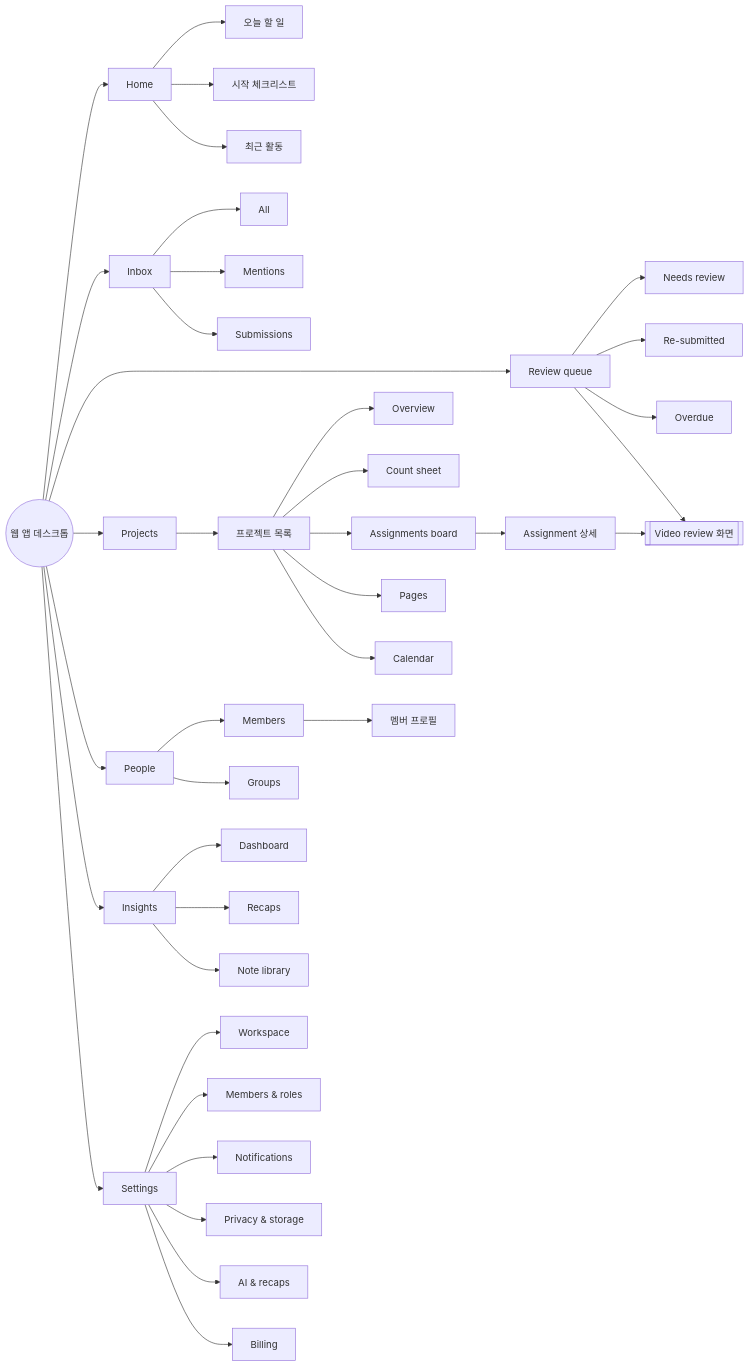
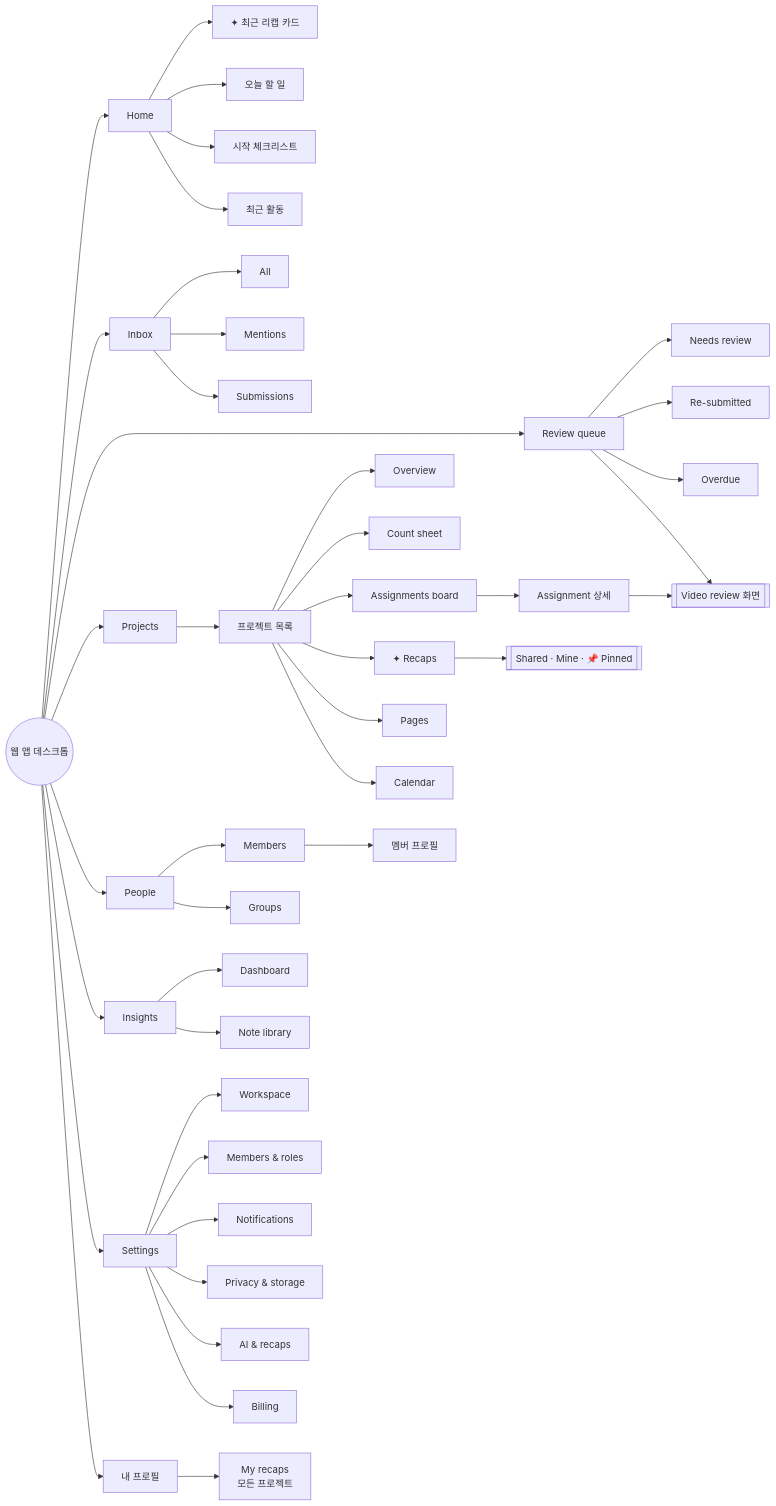
One commit to hope13710/dancerly changed the third of 4 diagrams in docs/01-menu-structure.md. Above: the diagram before and after it, drawn with Mermaid. The commit also changed other lines of this file and 10 other files, not shown here.

First line of the commit message:
Recaps live in projects, save themselves, and can be pinned

````diff
--- a/docs/01-menu-structure.md
+++ b/docs/01-menu-structure.md
@@ -114,47 +114,51 @@
 ```mermaid
 flowchart LR
   APP((웹 앱 데스크톱)) --> HOME[Home]
   APP --> INBOX[Inbox]
   APP --> RQ[Review queue]
   APP --> PJ[Projects]
   APP --> PP[People]
   APP --> IN[Insights]
   APP --> ST[Settings]
 
+  HOME --> H0[✦ 최근 리캡 카드]
   HOME --> H1[오늘 할 일]
   HOME --> H2[시작 체크리스트]
   HOME --> H3[최근 활동]
 
   INBOX --> I1[All]
   INBOX --> I2[Mentions]
   INBOX --> I3[Submissions]
 
   RQ --> R1[Needs review]
   RQ --> R2[Re-submitted]
   RQ --> R3[Overdue]
   RQ --> RV[[Video review 화면]]
 
   PJ --> PX[프로젝트 목록]
   PX --> P1[Overview]
   PX --> P2[Count sheet]
   PX --> P3[Assignments board]
+  PX --> P6[✦ Recaps]
   PX --> P4[Pages]
   PX --> P5[Calendar]
+  P6 --> RL[[Shared · Mine · 📌 Pinned]]
   P3 --> AS[Assignment 상세]
   AS --> RV
 
   PP --> D1[Members]
   PP --> D2[Groups]
   D1 --> DP[멤버 프로필]
 
   IN --> N1[Dashboard]
-  IN --> N2[Recaps]
+  ME2[내 프로필] --> MR[My recaps<br/>모든 프로젝트]
+  APP --> ME2
   IN --> N3[Note library]
 
   ST --> S1[Workspace]
   ST --> S2[Members & roles]
   ST --> S3[Notifications]
   ST --> S4[Privacy & storage]
   ST --> S5[AI & recaps]
   ST --> S6[Billing]
 ```
````
